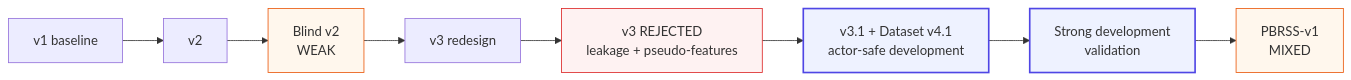
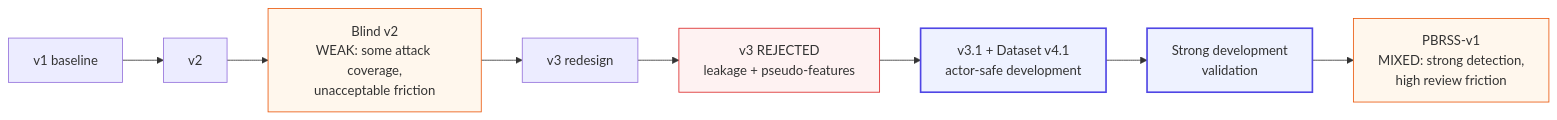
The second of 2 diagrams in README.md (nirajj12/Card-Testing-Sentinel), drawn with Mermaid before and after one commit. The commit also changed other lines of this file, not shown here.

````diff
--- a/README.md
+++ b/README.md
@@ -311,17 +402,17 @@
 ```mermaid
 flowchart LR
     A[v1 baseline] --> B[v2]
-    B --> C[Blind v2<br/>WEAK]
+    B --> C[Blind v2<br/>WEAK: some attack coverage,<br/>unacceptable friction]
     C --> D[v3 redesign]
     D --> E[v3 REJECTED<br/>leakage + pseudo-features]
     E --> F[v3.1 + Dataset v4.1<br/>actor-safe development]
     F --> G[Strong development<br/>validation]
-    G --> H[PBRSS-v1<br/>MIXED]
+    G --> H[PBRSS-v1<br/>MIXED: strong detection,<br/>high review friction]
 
     classDef weak fill:#fff7ed,stroke:#ea580c;
     classDef rejected fill:#fef2f2,stroke:#dc2626;
     classDef current fill:#eef2ff,stroke:#4f46e5,stroke-width:2px;
     class C,H weak;
     class E rejected;
     class F,G current;
 ```
````
